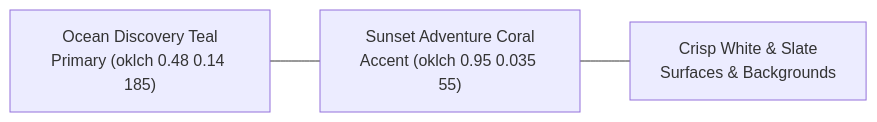
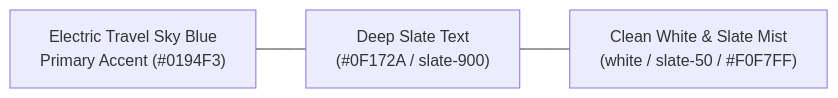
The diagram in DESIGN.md (BaoBaoIT-maker/TripGenie), drawn with Mermaid before and after one commit. The commit also changed other lines of this file and 43 other files, not shown here.

````diff
--- a/DESIGN.md
+++ b/DESIGN.md
@@ -35,5 +55,5 @@
 ```mermaid
 flowchart LR
-    Teal["Ocean Discovery Teal<br/>Primary (oklch 0.48 0.14 185)"] --- Coral["Sunset Adventure Coral<br/>Accent (oklch 0.95 0.035 55)"]
-    Coral --- Neutral["Crisp White & Slate<br/>Surfaces & Backgrounds"]
+    SkyBlue["Electric Travel Sky Blue<br/>Primary Accent (#0194F3)"] --- Slate["Deep Slate Text<br/>(#0F172A / slate-900)"]
+    Slate --- Surfaces["Clean White & Slate Mist<br/>(white / slate-50 / #F0F7FF)"]
 ```
````
